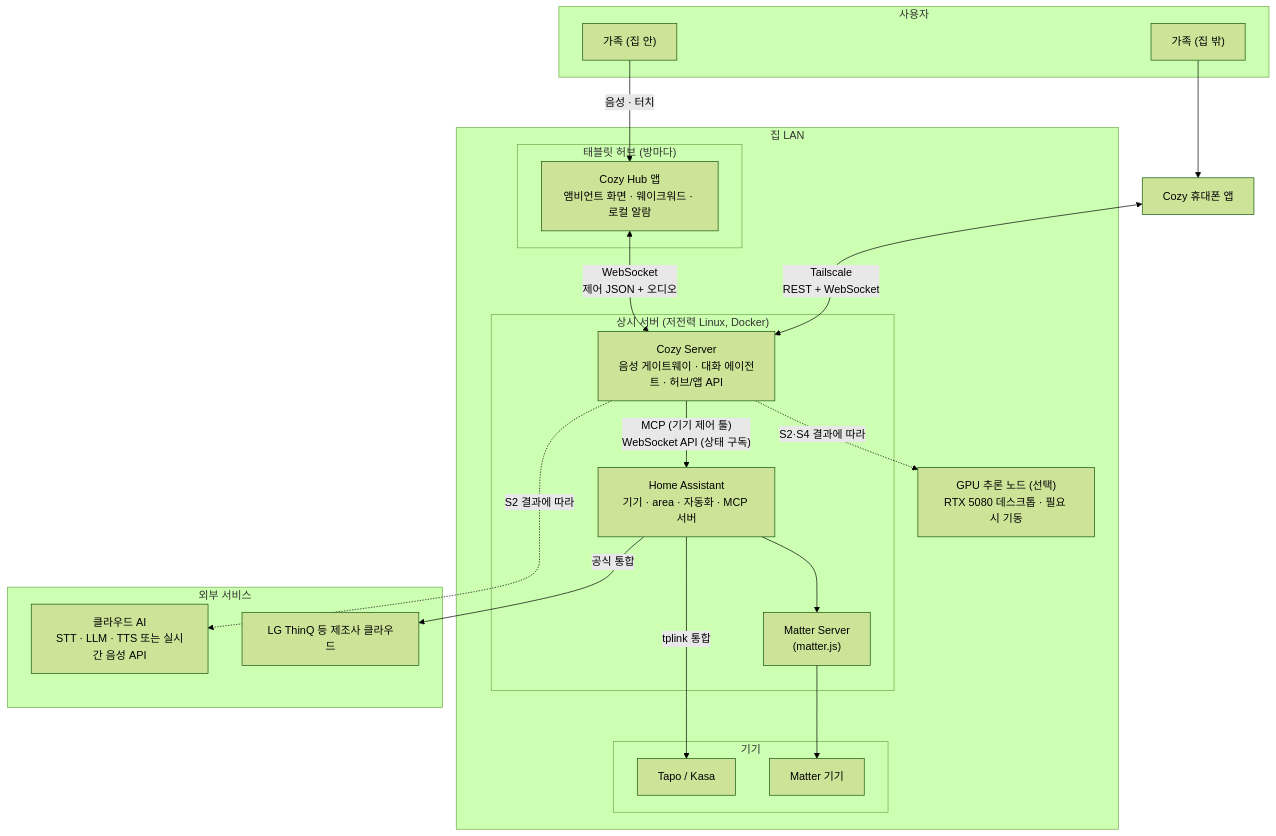
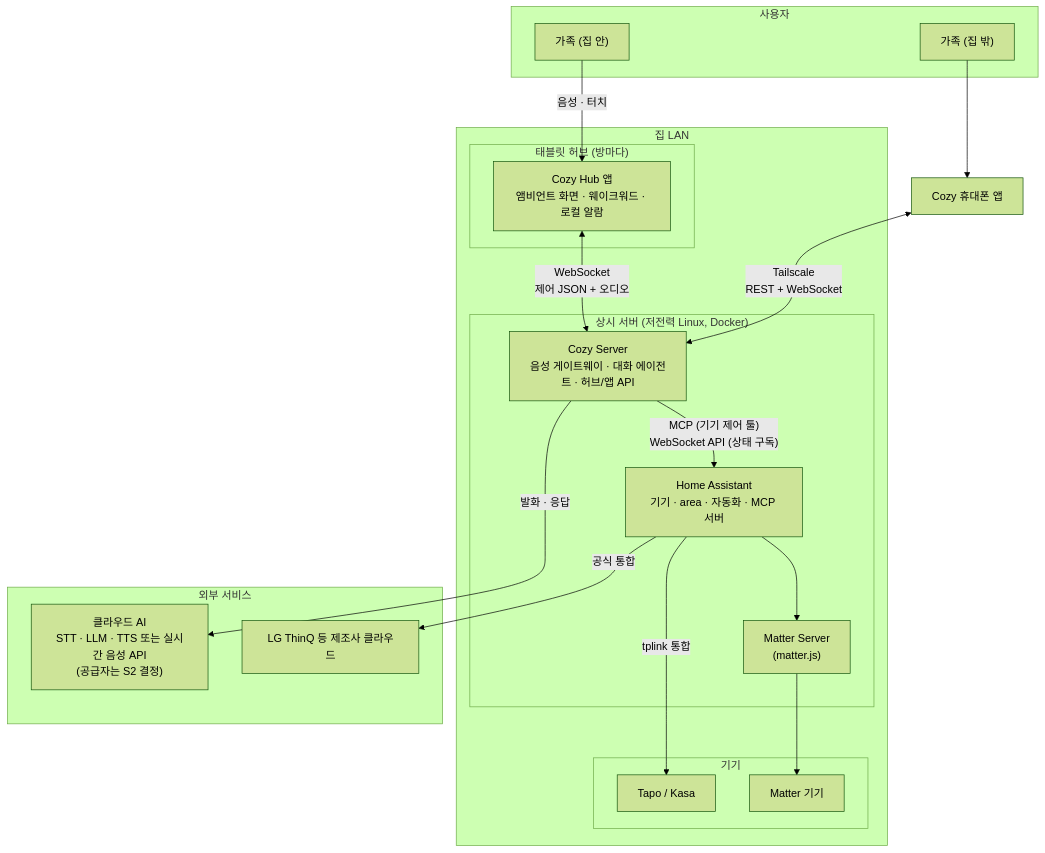
The first of 4 diagrams in docs/design/0001-system-architecture.md (pis-o-cake/cozy-buddy), drawn with Mermaid (forest theme) before and after one commit. The commit also changed other lines of this file and 9 other files, not shown here.

````diff
--- a/docs/design/0001-system-architecture.md
+++ b/docs/design/0001-system-architecture.md
@@ -40,46 +41,43 @@
 ```mermaid
 flowchart TB
     subgraph PEOPLE["사용자"]
         FAM["가족 (집 안)"]
         OUT["가족 (집 밖)"]
     end
 
     subgraph HOME["집 LAN"]
         subgraph HUBS["태블릿 허브 (방마다)"]
             HUB["Cozy Hub 앱<br/>앰비언트 화면 · 웨이크워드 · 로컬 알람"]
         end
 
         subgraph SRV["상시 서버 (저전력 Linux, Docker)"]
             CS["Cozy Server<br/>음성 게이트웨이 · 대화 에이전트 · 허브/앱 API"]
             HA["Home Assistant<br/>기기 · area · 자동화 · MCP 서버"]
             MS["Matter Server<br/>(matter.js)"]
             CS -->|"MCP (기기 제어 툴)<br/>WebSocket API (상태 구독)"| HA
             HA --> MS
         end
 
-        GPU["GPU 추론 노드 (선택)<br/>RTX 5080 데스크톱 · 필요 시 기동"]
-
         subgraph DEV["기기"]
             TAPO["Tapo / Kasa"]
             MATTER["Matter 기기"]
         end
 
         HA -->|tplink 통합| TAPO
         MS --> MATTER
     end
 
     subgraph CLOUD["외부 서비스"]
-        AI["클라우드 AI<br/>STT · LLM · TTS 또는 실시간 음성 API"]
+        AI["클라우드 AI<br/>STT · LLM · TTS 또는 실시간 음성 API<br/>(공급자는 S2 결정)"]
         THINQ["LG ThinQ 등 제조사 클라우드"]
     end
 
     PHONE["Cozy 휴대폰 앱"]
 
     FAM -->|음성 · 터치| HUB
     OUT --> PHONE
     HUB <-->|"WebSocket<br/>제어 JSON + 오디오"| CS
     PHONE <-->|"Tailscale<br/>REST + WebSocket"| CS
-    CS -.->|"S2 결과에 따라"| AI
-    CS -.->|"S2·S4 결과에 따라"| GPU
+    CS -->|"발화 · 응답"| AI
     HA -->|공식 통합| THINQ
 ```
````
